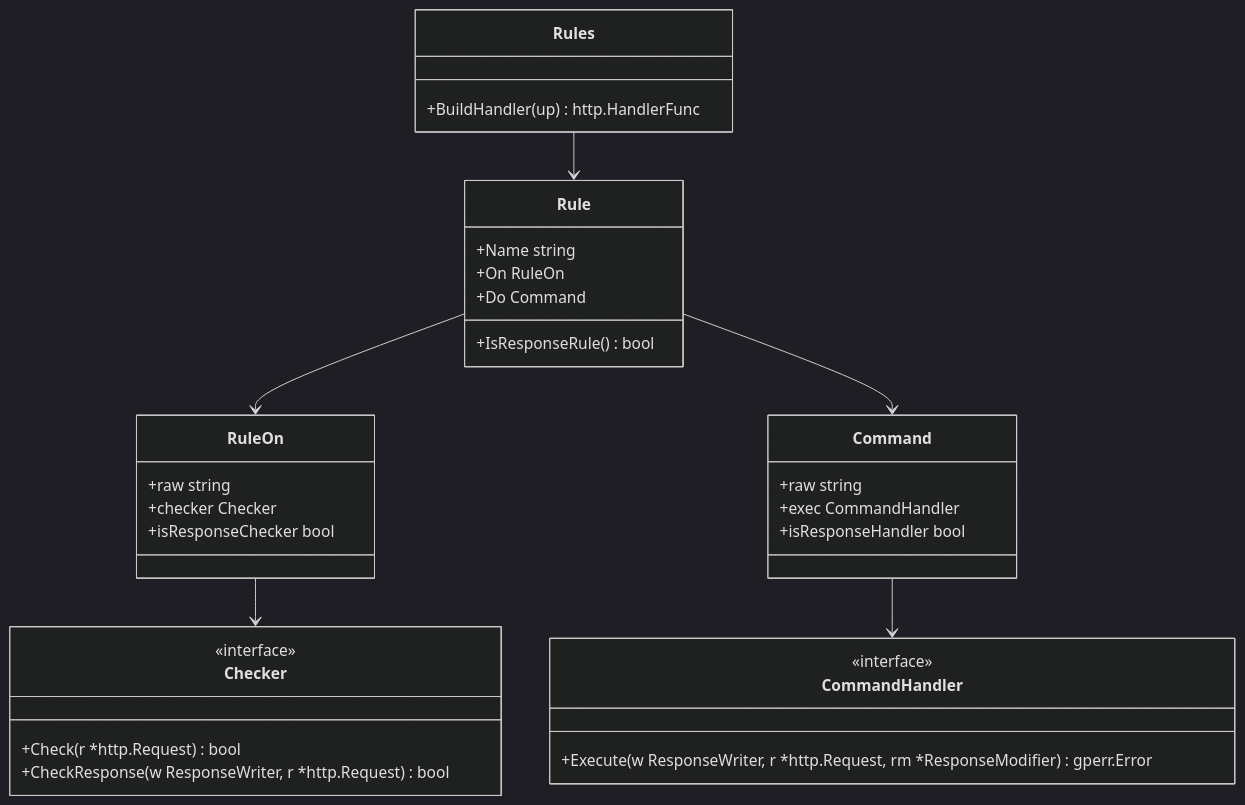
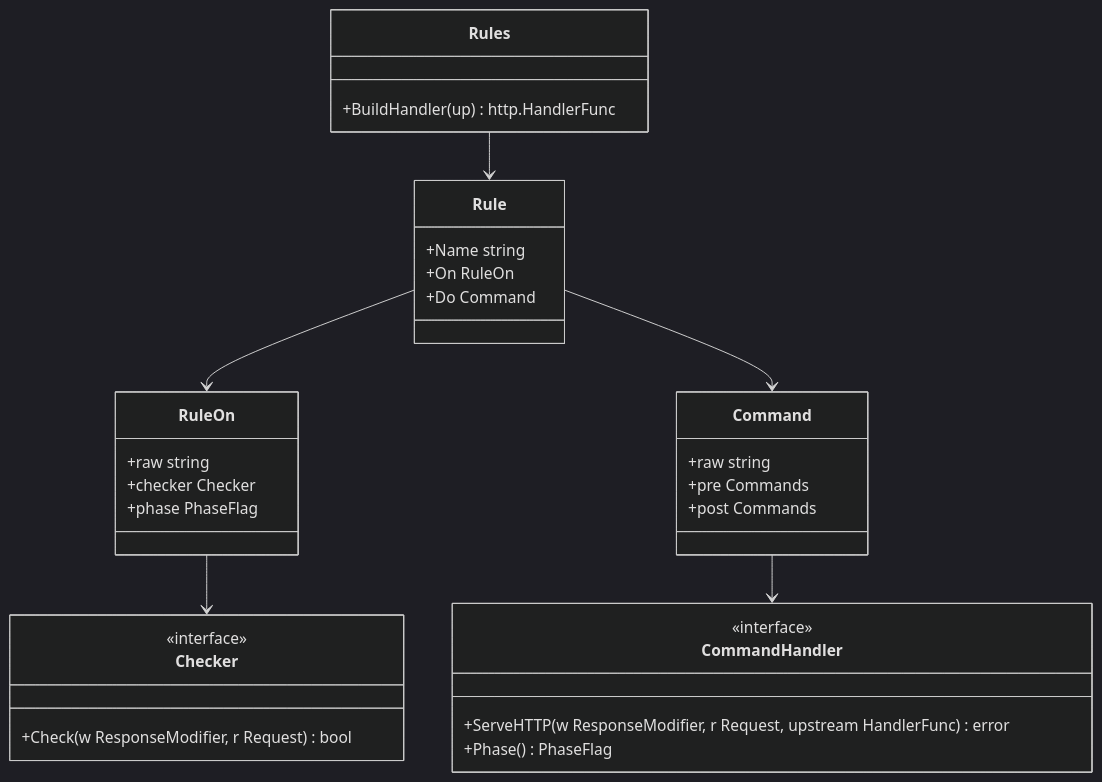
The first of 2 diagrams in content/docs/impl/internal-route-rules.mdx (yusing/godoxy-wiki), drawn with Mermaid (dark theme) before and after one commit. The commit also changed other lines of this file and 5 other files, not shown here.

````diff
--- a/content/docs/impl/internal-route-rules.mdx
+++ b/content/docs/impl/internal-route-rules.mdx
@@ -72,42 +69,41 @@
 ```mermaid
 classDiagram
     class Rules {
         +BuildHandler(up) http.HandlerFunc
     }
 
     class Rule {
         +Name string
         +On RuleOn
         +Do Command
-        +IsResponseRule() bool
     }
 
     class RuleOn {
         +raw string
         +checker Checker
-        +isResponseChecker bool
+        +phase PhaseFlag
     }
 
     class Command {
         +raw string
-        +exec CommandHandler
-        +isResponseHandler bool
+        +pre Commands
+        +post Commands
     }
 
     class Checker {
         <<interface>>
-        +Check(r *http.Request) bool
-        +CheckResponse(w ResponseWriter, r *http.Request) bool
+        +Check(w ResponseModifier, r Request) bool
     }
 
     class CommandHandler {
         <<interface>>
-        +Execute(w ResponseWriter, r *http.Request, rm *ResponseModifier) gperr.Error
+        +ServeHTTP(w ResponseModifier, r Request, upstream HandlerFunc) error
+        +Phase() PhaseFlag
     }
 
     Rules --> Rule
     Rule --> RuleOn
     Rule --> Command
     RuleOn --> Checker
     Command --> CommandHandler
 ```
````
